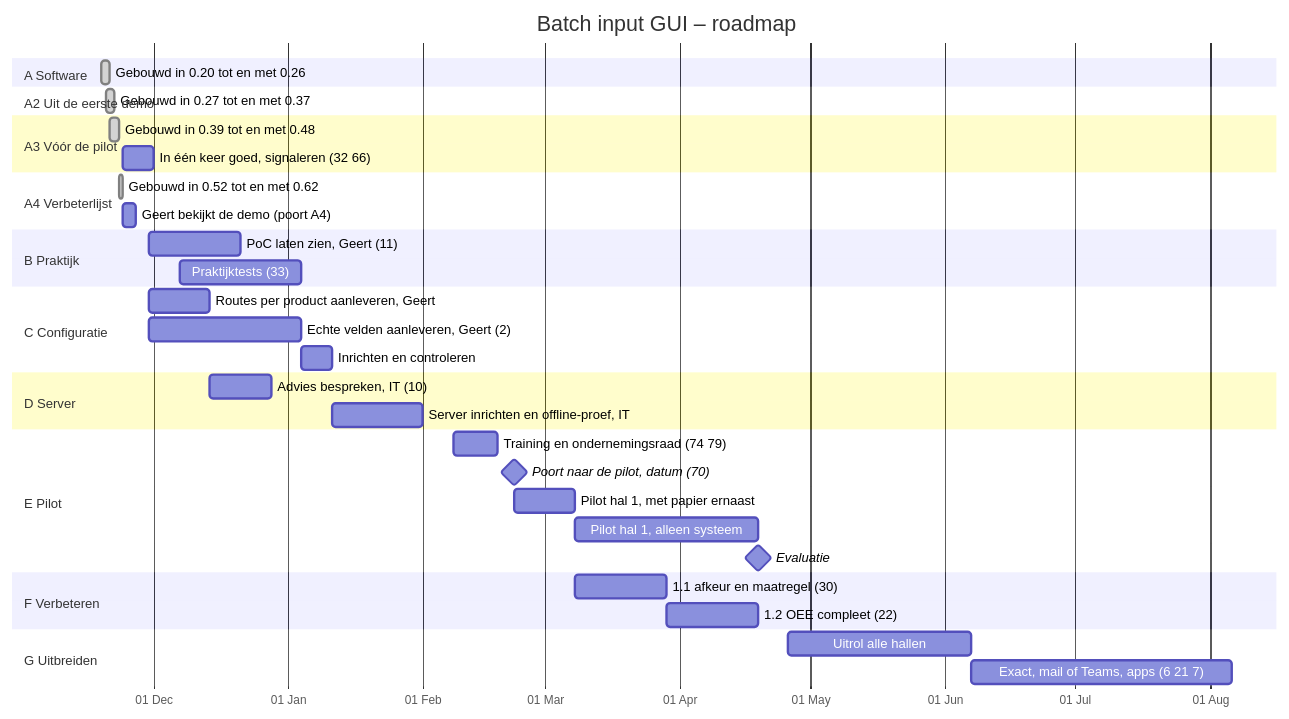
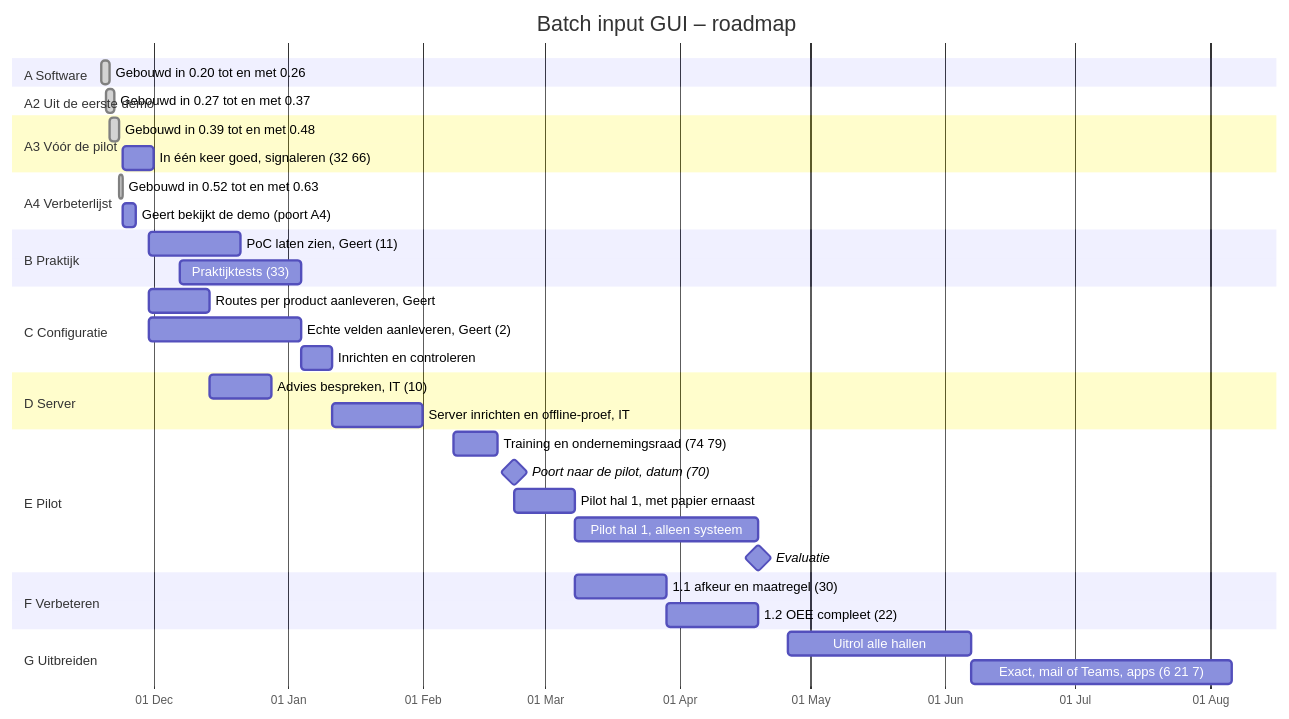
The diagram in ROADMAP.md (Gertjun/Manufacturing-Execution-System), drawn with Mermaid before and after one commit. The commit also changed other lines of this file and 14 other files, not shown here.

Commit message:
0.63.0: routeversie-schema, tests en documentatie

````diff
--- a/ROADMAP.md
+++ b/ROADMAP.md
@@ -12,49 +12,49 @@
 ```mermaid
 gantt
     title Batch input GUI – roadmap
     dateFormat YYYY-MM-DD
     axisFormat %d %b
     todayMarker on
 
     section A Software
     Gebouwd in 0.20 tot en met 0.26          :done, a1, 2026-11-19, 2d
 
     section A2 Uit de eerste demo
     Gebouwd in 0.27 tot en met 0.37          :done, a2, 2026-11-20, 2d
 
     section A3 Vóór de pilot
     Gebouwd in 0.39 tot en met 0.48          :done, a3a, 2026-11-21, 2d
     In één keer goed, signaleren (32 66)     :a3b, 2026-11-24, 7d
 
     section A4 Verbeterlijst
-    Gebouwd in 0.52 tot en met 0.62          :done, a4g, 2026-11-23, 1d
+    Gebouwd in 0.52 tot en met 0.63          :done, a4g, 2026-11-23, 1d
     Geert bekijkt de demo (poort A4)         :a4p, 2026-11-24, 3d
 
     section B Praktijk
     PoC laten zien, Geert (11)               :b1, 2026-11-30, 21d
     Praktijktests (33)                       :b2, 2026-12-07, 28d
 
     section C Configuratie
     Routes per product aanleveren, Geert     :c0, 2026-11-30, 14d
     Echte velden aanleveren, Geert (2)       :c1, 2026-11-30, 35d
     Inrichten en controleren                 :c2, after c1, 7d
 
     section D Server
     Advies bespreken, IT (10)                :d1, 2026-12-14, 14d
     Server inrichten en offline-proef, IT    :d2, 2027-01-11, 21d
 
     section E Pilot
     Training en ondernemingsraad (74 79)     :e0, 2027-02-08, 10d
     Poort naar de pilot, datum (70)          :milestone, m1, 2027-02-22, 0d
     Pilot hal 1, met papier ernaast          :e1, 2027-02-22, 14d
     Pilot hal 1, alleen systeem              :e2, after e1, 42d
     Evaluatie                                :milestone, m2, 2027-04-19, 0d
 
     section F Verbeteren
     1.1 afkeur en maatregel (30)             :f1, 2027-03-08, 21d
     1.2 OEE compleet (22)                    :f2, after f1, 21d
 
     section G Uitbreiden
     Uitrol alle hallen                       :g1, 2027-04-26, 42d
     Exact, mail of Teams, apps (6 21 7)      :g2, 2027-06-07, 60d
 ```
````
